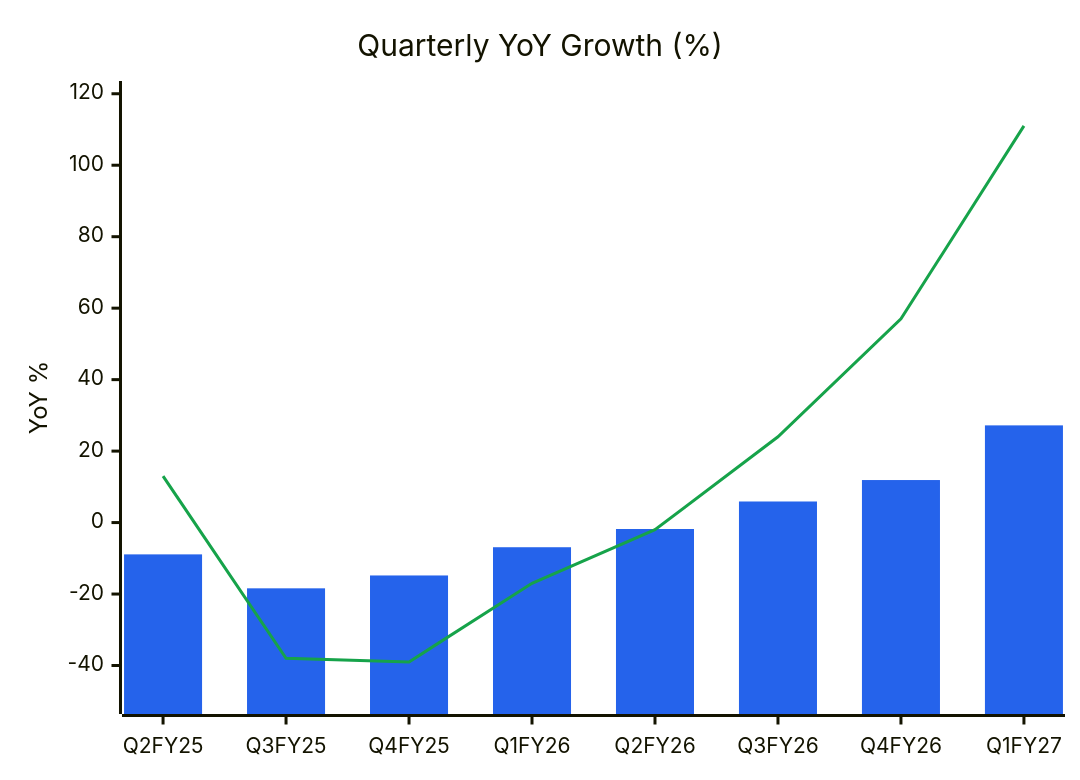
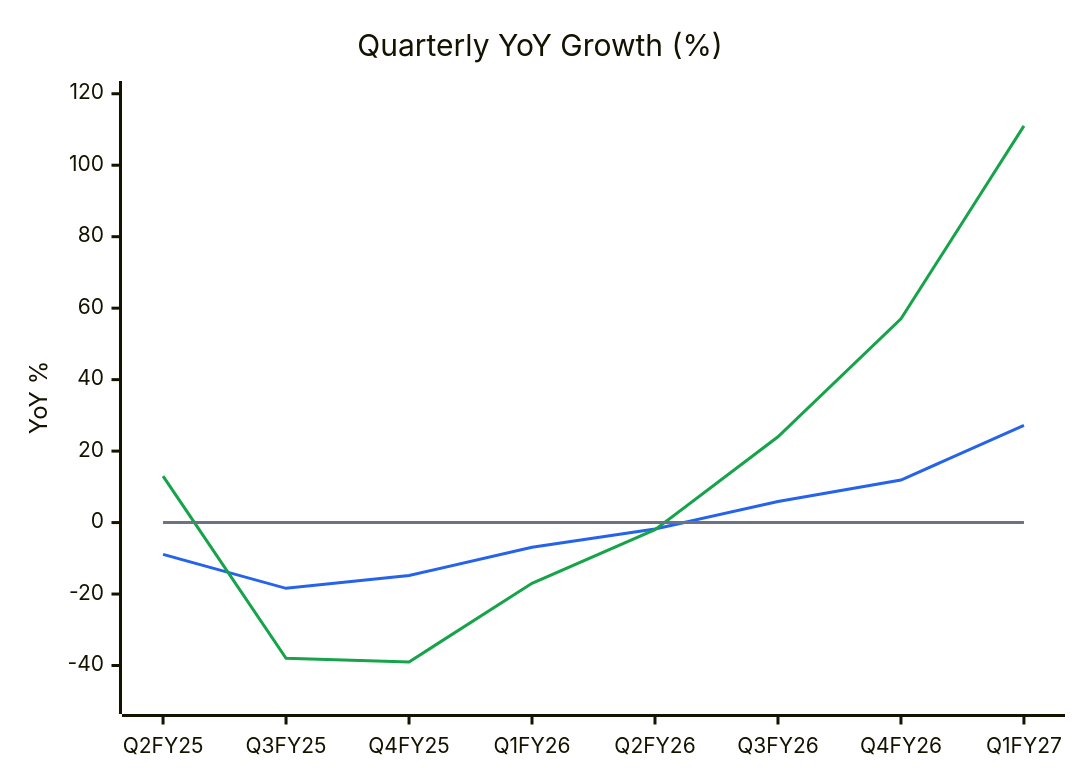
One commit to Anubhavsingh13/Stock-Analysis changed the third of 14 diagrams in BALAMINES_BalajiAmines_2026-10-09.md. Above: the diagram before and after it, drawn with Mermaid. The commit also changed other lines of this file, not shown here.

````diff
--- a/BALAMINES_BalajiAmines_2026-10-09.md
+++ b/BALAMINES_BalajiAmines_2026-10-09.md
@@ -117,9 +117,10 @@
 ```mermaid
-%%{init: {"themeVariables": {"xyChart": {"plotColorPalette": "#2563eb, #16a34a"}}}}%%
+%%{init: {"themeVariables": {"xyChart": {"plotColorPalette": "#2563eb, #16a34a, #6b7280"}}}}%%
 xychart-beta
     title "Quarterly YoY Growth (%)"
     x-axis [Q2FY25, Q3FY25, Q4FY25, Q1FY26, Q2FY26, Q3FY26, Q4FY26, Q1FY27]
     y-axis "YoY %" -50 --> 120
-    bar [-8.9, -18.4, -14.8, -6.9, -1.8, 5.9, 11.9, 27.2]
+    line [-8.9, -18.4, -14.8, -6.9, -1.8, 5.9, 11.9, 27.2]
     line [13, -38, -39, -17, -2, 24, 57, 111]
+    line [0, 0, 0, 0, 0, 0, 0, 0]
 ```
````
